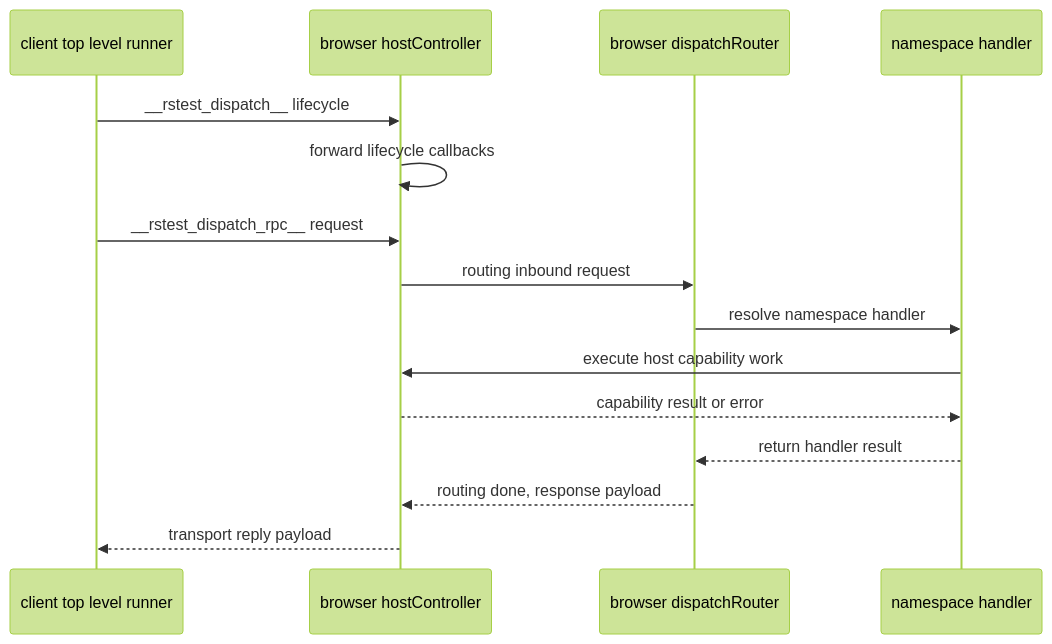
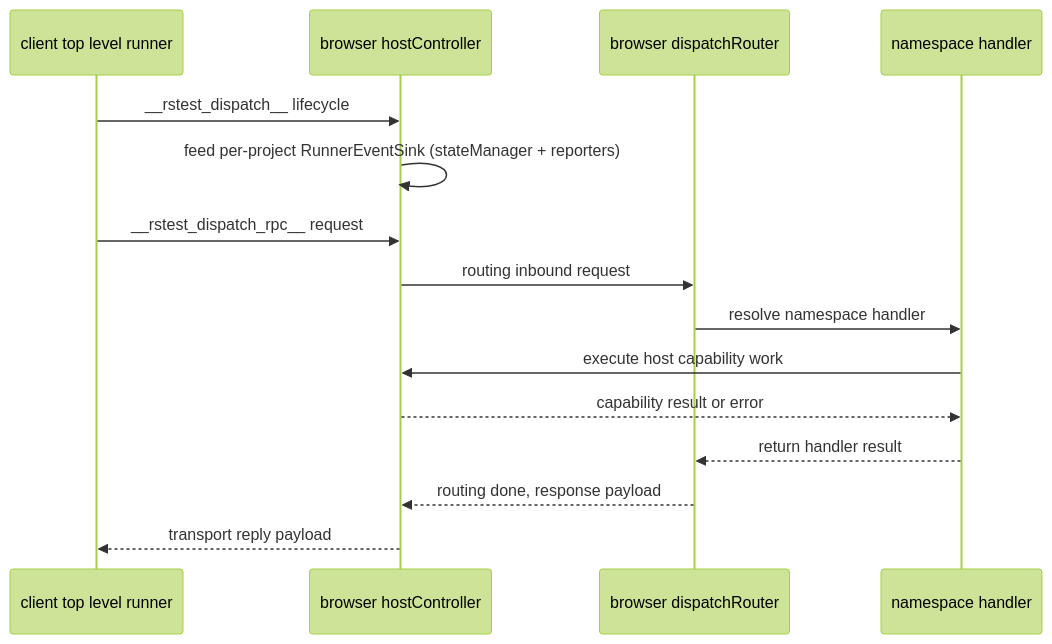
Before and after one commit to web-infra-dev/rstest: the fifth of 5 diagrams in packages/browser/src/AGENTS.md, drawn with Mermaid (forest theme). The commit also changed other lines of this file and 76 other files, not shown here.

````diff
--- a/packages/browser/src/AGENTS.md
+++ b/packages/browser/src/AGENTS.md
@@ -116,19 +132,19 @@
 ```mermaid
 sequenceDiagram
   participant Runner as client top level runner
   participant Host as browser hostController
   participant Router as browser dispatchRouter
   participant Handler as namespace handler
 
   Runner->>Host: __rstest_dispatch__ lifecycle
-  Host->>Host: forward lifecycle callbacks
+  Host->>Host: feed per-project RunnerEventSink (stateManager + reporters)
 
   Runner->>Host: __rstest_dispatch_rpc__ request
   Host->>Router: routing inbound request
   Router->>Handler: resolve namespace handler
   Handler->>Host: execute host capability work
   Host-->>Handler: capability result or error
   Handler-->>Router: return handler result
   Router-->>Host: routing done, response payload
   Host-->>Runner: transport reply payload
 ```
````
